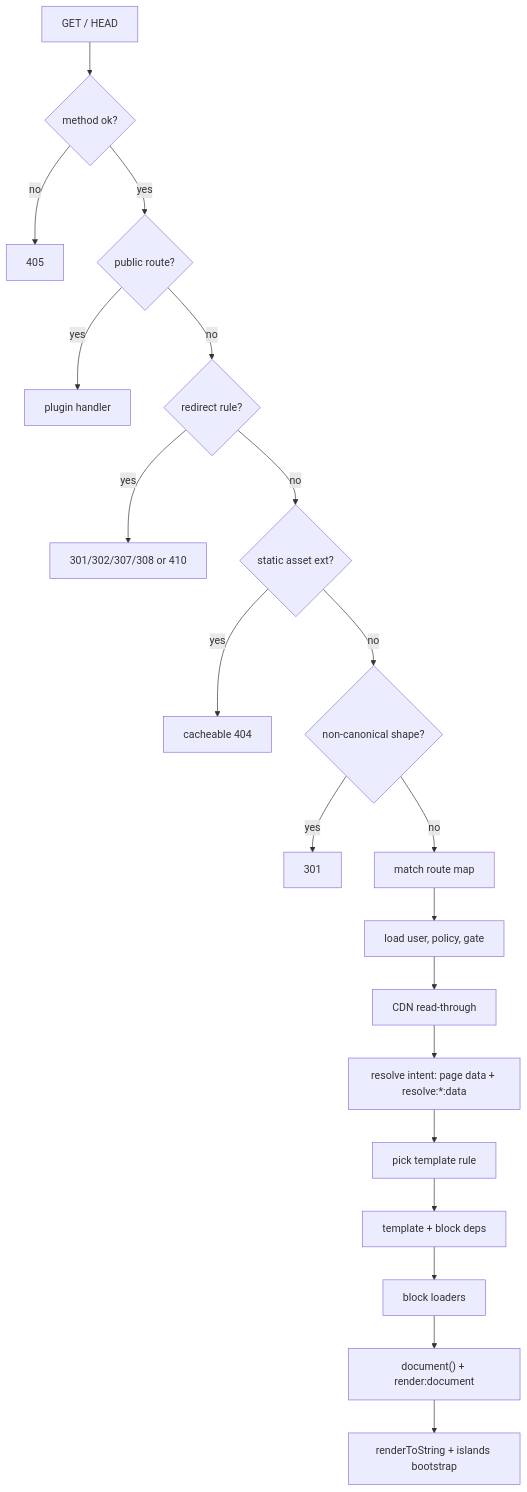
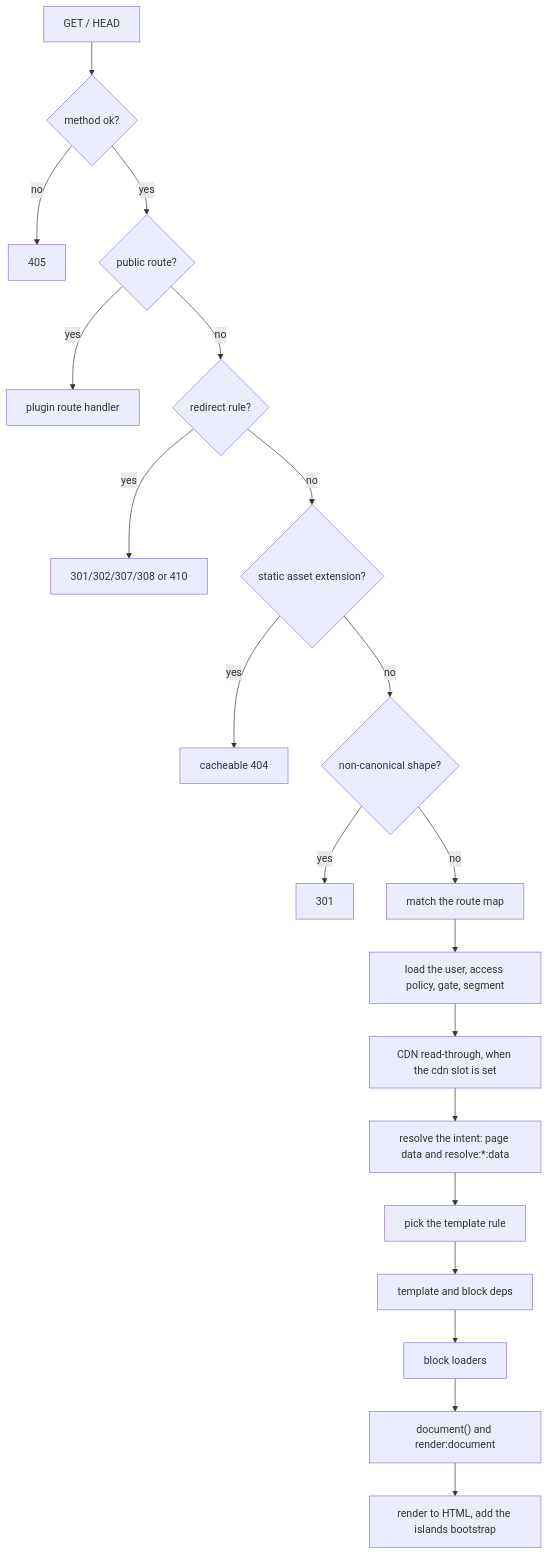
Before and after one commit to withplumix/plumix: the diagram in docs/architecture/routing-and-render.md, drawn with Mermaid. The commit also changed other lines of this file and 21 other files, not shown here.

````diff
--- a/docs/architecture/routing-and-render.md
+++ b/docs/architecture/routing-and-render.md
@@ -7,22 +7,22 @@
 ```mermaid
 flowchart TD
   req["GET / HEAD"] --> m{"method ok?"}
   m -- no --> r405[405]
   m -- yes --> pr{"public route?"}
-  pr -- yes --> prh["plugin handler"]
+  pr -- yes --> prh["plugin route handler"]
   pr -- no --> rd{"redirect rule?"}
   rd -- yes --> r3xx["301/302/307/308 or 410"]
-  rd -- no --> sa{"static asset ext?"}
+  rd -- no --> sa{"static asset extension?"}
   sa -- yes --> r404a["cacheable 404"]
   sa -- no --> cn{"non-canonical shape?"}
   cn -- yes --> r301[301]
-  cn -- no --> rm["match route map"]
-  rm --> gate["load user, policy, gate"]
-  gate --> cdn["CDN read-through"]
-  cdn --> res["resolve intent: page data + resolve:*:data"]
-  res --> tpl["pick template rule"]
-  tpl --> deps["template + block deps"]
+  cn -- no --> rm["match the route map"]
+  rm --> gate["load the user, access policy, gate, segment"]
+  gate --> cdn["CDN read-through, when the cdn slot is set"]
+  cdn --> res["resolve the intent: page data and resolve:*:data"]
+  res --> tpl["pick the template rule"]
+  tpl --> deps["template and block deps"]
   deps --> ld["block loaders"]
-  ld --> doc["document() + render:document"]
-  doc --> html["renderToString + islands bootstrap"]
+  ld --> doc["document() and render:document"]
+  doc --> html["render to HTML, add the islands bootstrap"]
 ```
````
